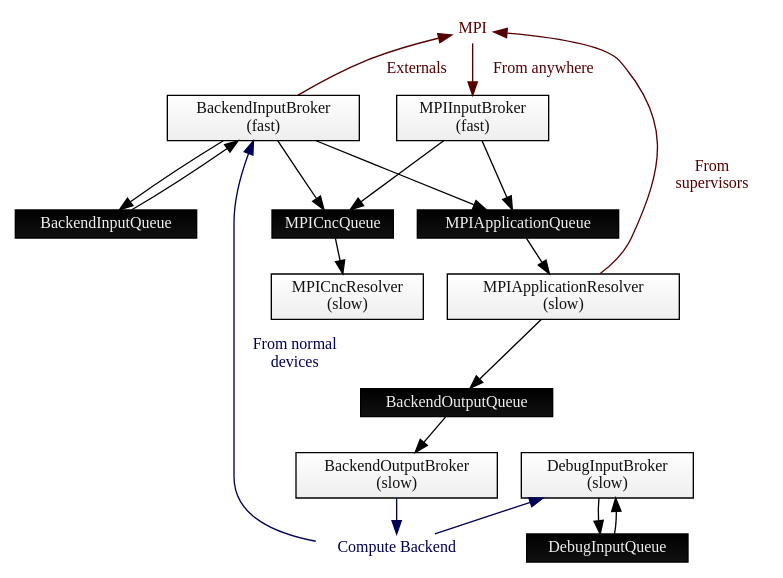
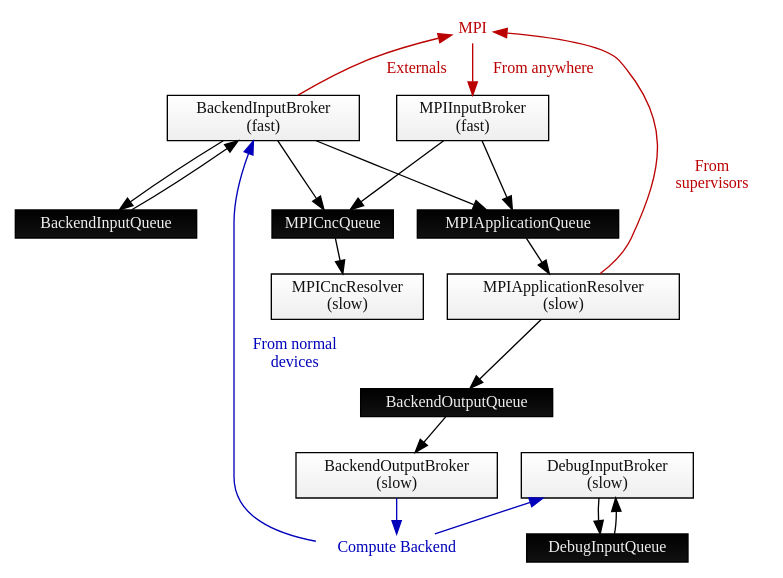
The diagram in images/source/mothership_producer_consumer.dot (POETSII/orchestrator-documentation), drawn with Graphviz before and after one commit.

Commit message:
Make font colour more obvious for people with poor monitors/eyesight

```diff
--- a/images/source/mothership_producer_consumer.dot
+++ b/images/source/mothership_producer_consumer.dot
@@ -1,87 +1,87 @@
 digraph G {
 
     fontname="Inconsolata";
     fontsize=12;
     margin=0;
     ranksep=0.35;
 
     // Threads
     node[color="#000000",
          fillcolor="#ffffff:#eeeeee",
          fontcolor="#111111",
          fontname="Inconsolata",
          fontsize=12,
          gradientangle=270,
          height=0,
          margin=0.05;
          penwidth=1;
          shape="rect",
          style="filled",
          width=0];
 
     MPIInputBroker[label="MPIInputBroker\n(fast)"];
     MPICncResolver[label="MPICncResolver\n(slow)"];
     MPIApplicationResolver[label="MPIApplicationResolver\n(slow)"];
     BackendOutputBroker[label="BackendOutputBroker\n(slow)"];
     BackendInputBroker[label="BackendInputBroker\n(fast)"];
     DebugInputBroker[label="DebugInputBroker\n(slow)"];
 
     // Queues
     node[color="#000000",
          fillcolor="#000000:#111111",
          fontcolor="#eeeeee"];
 
     MPIApplicationQueue;
     MPICncQueue;
     BackendOutputQueue;
     BackendInputQueue;
     DebugInputQueue;
 
     // Communication Buses
     node[color="#FFFFFF",
          fillcolor="#FFFFFF"];
 
-    MPI [fontcolor="#550000"];
-    Backend [label="Compute Backend", fontcolor="#000055"];
+    MPI [fontcolor="#BB0000"];
+    Backend [label="Compute Backend", fontcolor="#0000BB"];
 
     // Producer-consumer relationship
     edge[color="#000000",
          fontname="Inconsolata",
          fontsize=12;
          penwidth=1];
 
     MPIInputBroker -> MPIApplicationQueue;
     MPIInputBroker -> MPICncQueue;
     MPICncQueue -> MPICncResolver;
     MPIApplicationQueue -> MPIApplicationResolver;
     MPIApplicationResolver -> BackendOutputQueue;
     BackendOutputQueue -> BackendOutputBroker;
     BackendInputBroker -> BackendInputQueue;
     BackendInputBroker -> MPIApplicationQueue;
     BackendInputBroker -> MPICncQueue;
     BackendInputQueue -> BackendInputBroker;
     DebugInputBroker -> DebugInputQueue;
     DebugInputQueue -> DebugInputBroker;
 
     // MPI
-    edge[color="#550000",
-         fontcolor="#550000"];
+    edge[color="#BB0000",
+         fontcolor="#BB0000"];
 
     MPI -> MPIInputBroker [label=" From anywhere"];
     MPIApplicationResolver -> MPI [label=" From\nsupervisors"];
     //MPICncResolver -> MPI;
     BackendInputBroker -> MPI [label=" Externals"];
     //DebugInputBroker -> MPI;
 
     // Backend
-    edge[color="#000055",
-         fontcolor="#000055"];
+    edge[color="#0000BB",
+         fontcolor="#0000BB"];
 
     Backend -> BackendInputBroker [label=" From normal\ndevices"];
     Backend -> DebugInputBroker;
     BackendOutputBroker -> Backend;
 
     // Movement
     { rank=min; MPI; }
     { rank=max; Backend; }
 }
```
